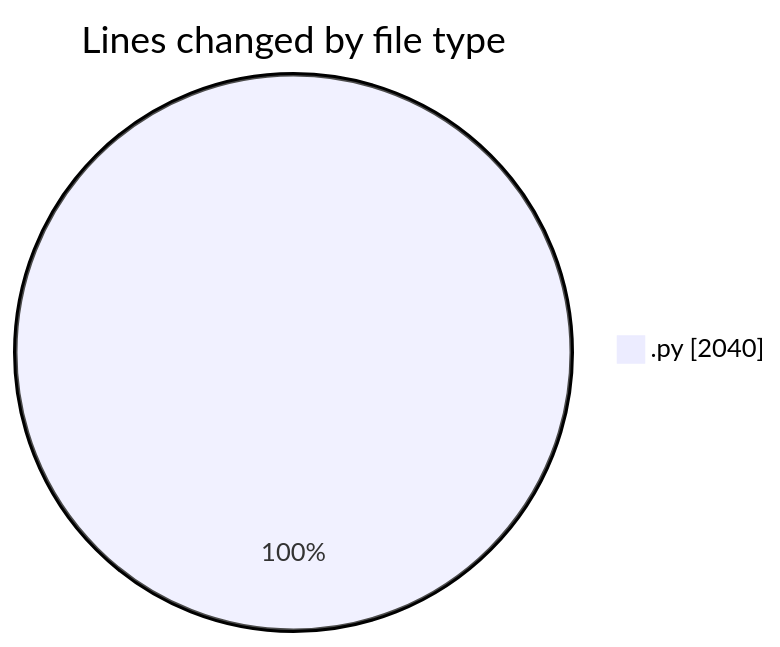
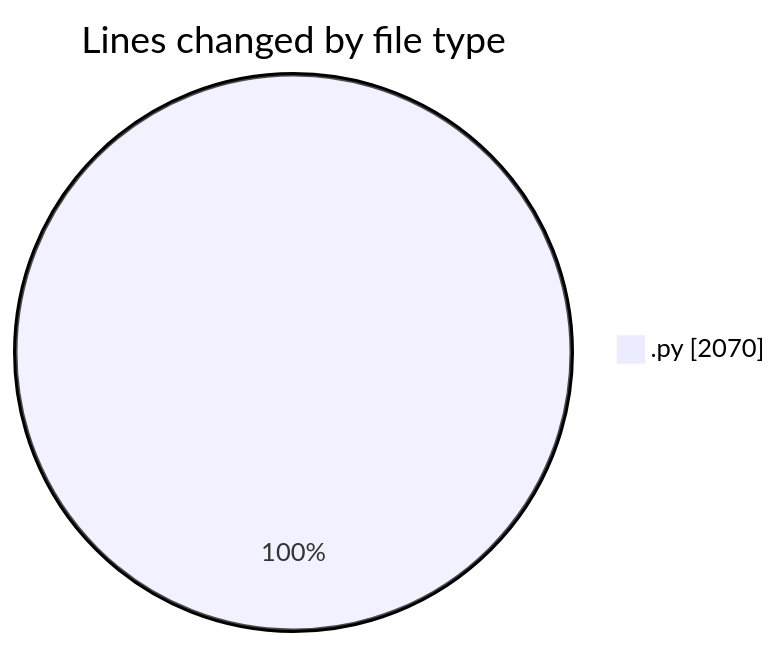
Before and after one commit to MatusMokan/code-tracking: the first of 2 diagrams in 2025-04-19/myws__workspace_/README.md, drawn with Mermaid. The commit also changed other lines of this file and 1 other file, not shown here.

````diff
--- a/2025-04-19/myws__workspace_/README.md
+++ b/2025-04-19/myws__workspace_/README.md
@@ -23,5 +23,5 @@
 ```mermaid
 pie showData
 title Lines changed by file type
-".py" : 2040
+".py" : 2070
 ```
````
